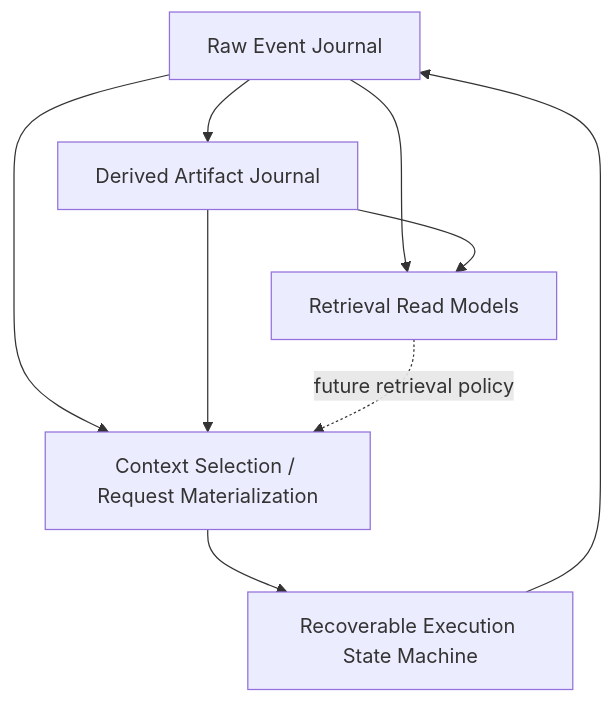
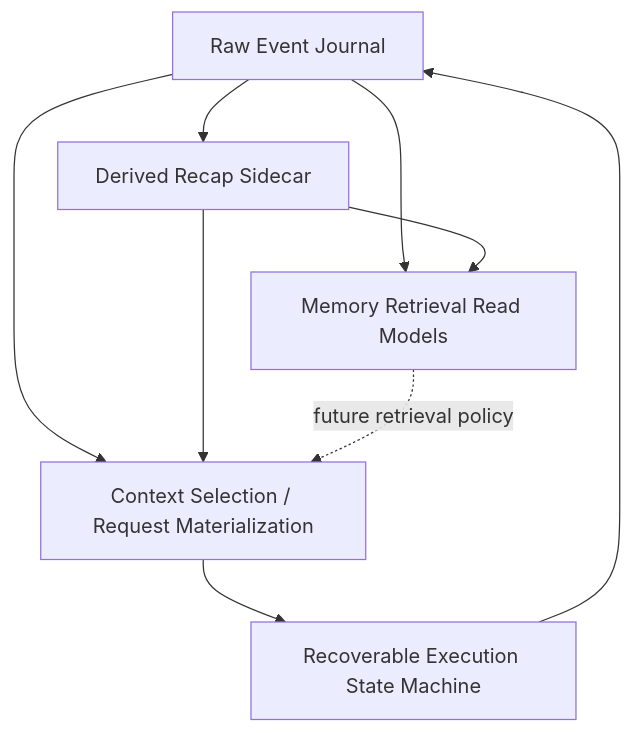
Before and after one commit to Atelia-org/atelia: the first of 2 diagrams in docs/SessionJournal/event-sourced-session-architecture-roadmap.md, drawn with Mermaid. The commit also changed other lines of this file and 5 other files, not shown here.

Commit message:
docs/SessionJournal/event-addressed-derived-recap-v4-target-design.md

````diff
--- a/docs/SessionJournal/event-sourced-session-architecture-roadmap.md
+++ b/docs/SessionJournal/event-sourced-session-architecture-roadmap.md
@@ -134,11 +152,11 @@
 ```mermaid
 flowchart TD
-    A[Raw Event Journal] --> B[Derived Artifact Journal]
-    A --> C[Retrieval Read Models]
+    A[Raw Event Journal] --> B[Derived Recap Sidecar]
+    A --> C[Memory Retrieval Read Models]
     B --> C
     A --> D[Context Selection / Request Materialization]
     B --> D
     C -. future retrieval policy .-> D
     D --> E[Recoverable Execution State Machine]
     E --> A
 ```
````
